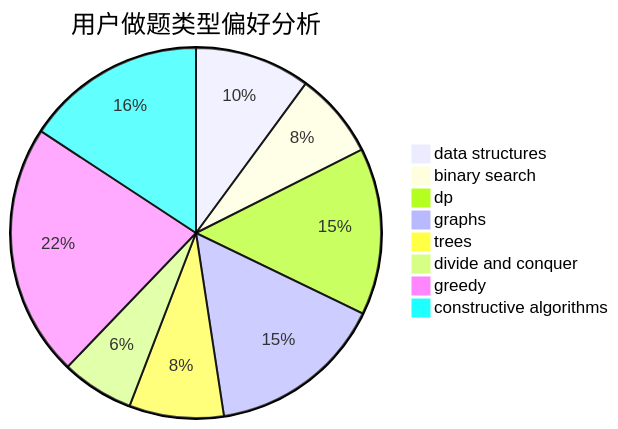
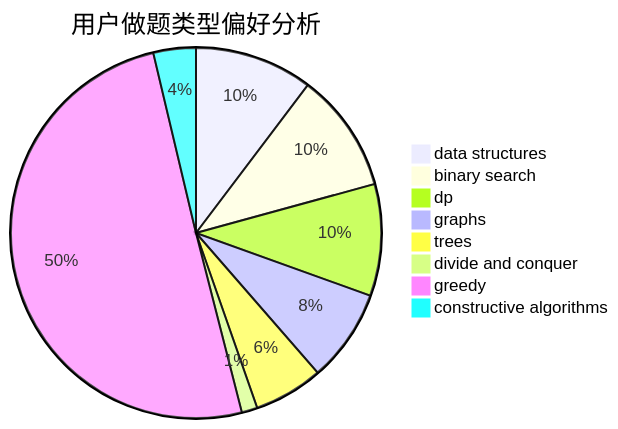
The second of 3 diagrams in docs/user/u1048.md (sherpahu/cfrs.github.io), drawn with Mermaid before and after one commit. The commit also changed other lines of this file and 2770 other files, not shown here.

````diff
--- a/docs/user/u1048.md
+++ b/docs/user/u1048.md
@@ -23,11 +23,11 @@
 ```mermaid
 pie title 用户做题类型偏好分析
-    "data structures" :  121
-    "binary search" :  90
-    "dp" :  175
-    "graphs" :  185
-    "trees" :  99
-    "divide and conquer" :  76
-    "greedy" :  265
-    "constructive algorithms" :  189
+    "data structures" :  75
+    "binary search" :  76
+    "dp" :  71
+    "graphs" :  59
+    "trees" :  44
+    "divide and conquer" :  10
+    "greedy" :  366
+    "constructive algorithms" :  27
 ```
````
